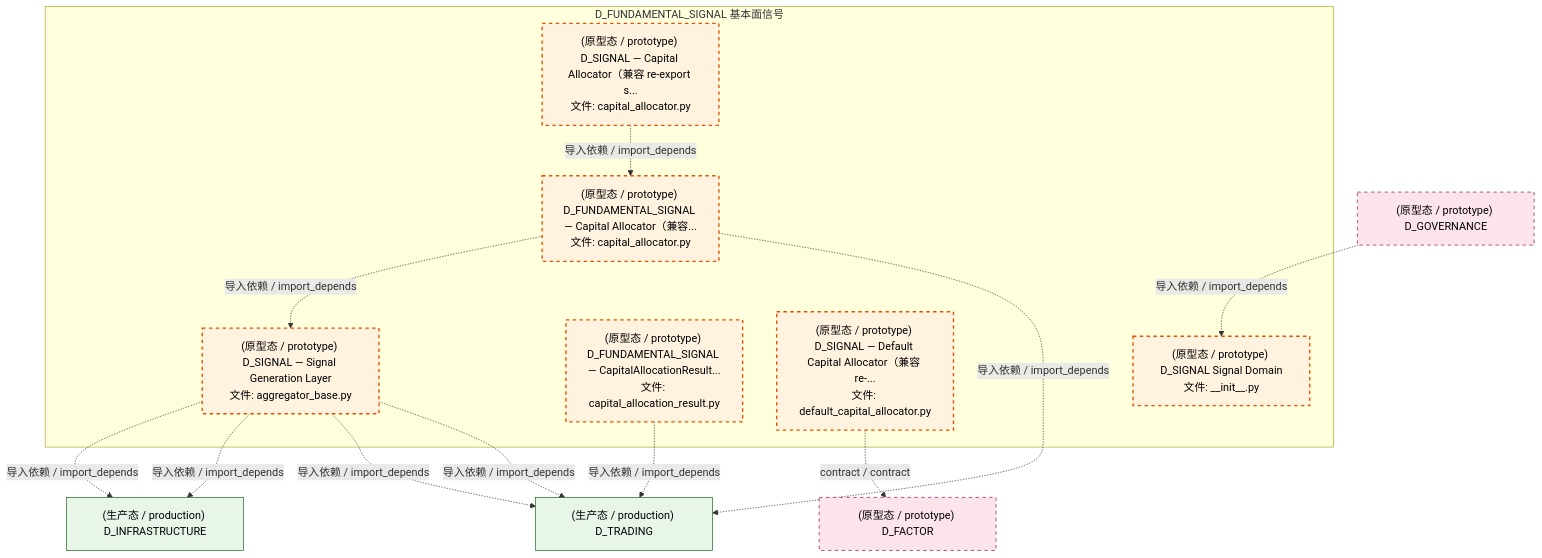
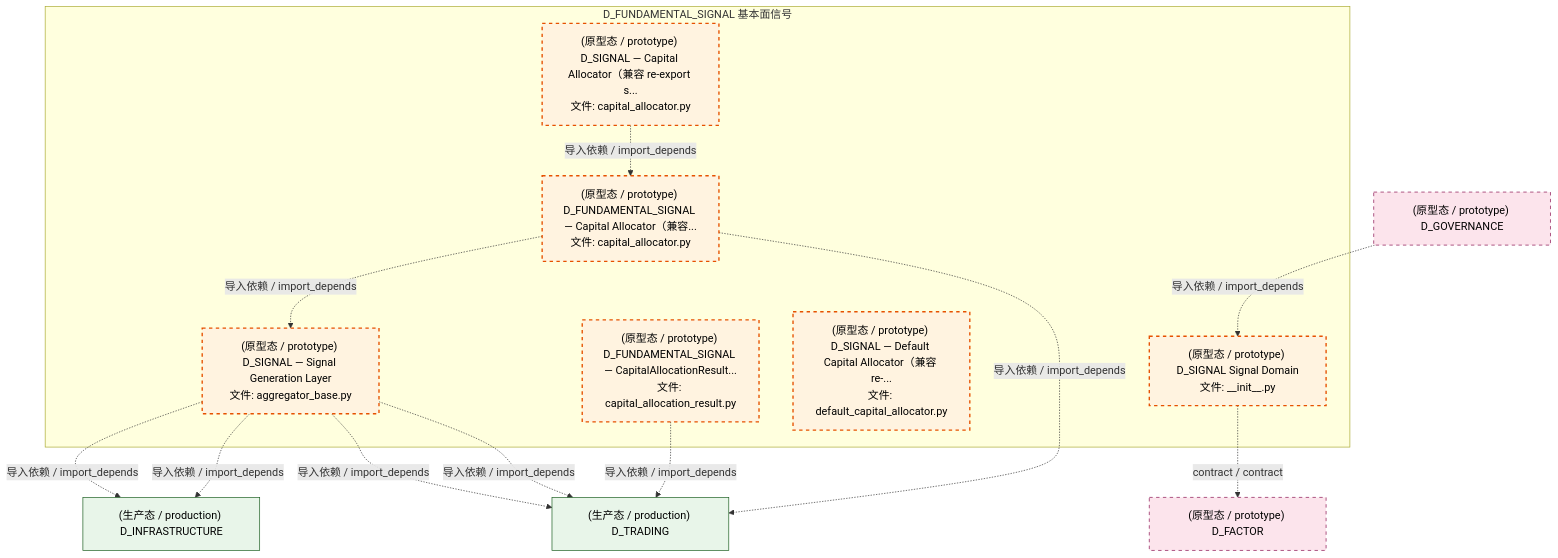
The third of 4 diagrams in docs/02_enterprise_architecture/02_domain_architecture_docs/37_d_fundamental_signal.md (xuanFelixVan/ZephyrAlpha), drawn with Mermaid before and after one commit. The commit also changed other lines of this file and 99 other files, not shown here.

````diff
--- a/docs/02_enterprise_architecture/02_domain_architecture_docs/37_d_fundamental_signal.md
+++ b/docs/02_enterprise_architecture/02_domain_architecture_docs/37_d_fundamental_signal.md
@@ -170,32 +170,32 @@
 ```mermaid
 graph TD
     subgraph D_FUNDAMENTAL_SIGNAL["D_FUNDAMENTAL_SIGNAL 基本面信号"]
         src_zephyr_signal_fundamental_init_py["(原型态 / prototype) D_SIGNAL Signal Domain<br/>文件: __init__.py"]
         src_zephyr_signal_fundamental_capital_capital_allocation_result_py["(原型态 / prototype) D_FUNDAMENTAL_SIGNAL — CapitalAllocationResult...<br/>文件: capital_allocation_result.py"]
         src_zephyr_signal_fundamental_capital_capital_allocator_py["(原型态 / prototype) D_SIGNAL — Capital Allocator（兼容 re-export s...<br/>文件: capital_allocator.py"]
         src_zephyr_signal_fundamental_capital_default_capital_allocator_py["(原型态 / prototype) D_SIGNAL — Default Capital Allocator（兼容 re-...<br/>文件: default_capital_allocator.py"]
         src_zephyr_signal_fundamental_gen_aggregator_base_py["(原型态 / prototype) D_SIGNAL — Signal Generation Layer<br/>文件: aggregator_base.py"]
         src_zephyr_signal_fundamental_strategy_capital_allocator_py["(原型态 / prototype) D_FUNDAMENTAL_SIGNAL — Capital Allocator（兼容...<br/>文件: capital_allocator.py"]
     end
     src_zephyr_signal_fundamental_capital_capital_allocator_py -.->|导入依赖 / import_depends| src_zephyr_signal_fundamental_strategy_capital_allocator_py
     src_zephyr_signal_fundamental_strategy_capital_allocator_py -.->|导入依赖 / import_depends| src_zephyr_signal_fundamental_gen_aggregator_base_py
     D_FACTOR["(原型态 / prototype) D_FACTOR"]
-    src_zephyr_signal_fundamental_capital_default_capital_allocator_py -.->|contract / contract| D_FACTOR
+    src_zephyr_signal_fundamental_init_py -.->|contract / contract| D_FACTOR
     D_TRADING["(生产态 / production) D_TRADING"]
     src_zephyr_signal_fundamental_capital_capital_allocation_result_py -.->|导入依赖 / import_depends| D_TRADING
     D_INFRASTRUCTURE["(生产态 / production) D_INFRASTRUCTURE"]
     src_zephyr_signal_fundamental_gen_aggregator_base_py -.->|导入依赖 / import_depends| D_INFRASTRUCTURE
     src_zephyr_signal_fundamental_gen_aggregator_base_py -.->|导入依赖 / import_depends| D_INFRASTRUCTURE
     src_zephyr_signal_fundamental_gen_aggregator_base_py -.->|导入依赖 / import_depends| D_TRADING
     src_zephyr_signal_fundamental_gen_aggregator_base_py -.->|导入依赖 / import_depends| D_TRADING
     src_zephyr_signal_fundamental_strategy_capital_allocator_py -.->|导入依赖 / import_depends| D_TRADING
     D_GOVERNANCE["(原型态 / prototype) D_GOVERNANCE"]
     D_GOVERNANCE -.->|导入依赖 / import_depends| src_zephyr_signal_fundamental_init_py
     classDef production fill:#e1f5fe,stroke:#01579b,stroke-width:2px,color:#000
     classDef design fill:#fff3e0,stroke:#e65100,stroke-width:2px,color:#000,stroke-dasharray: 5 5
     classDef external_prod fill:#e8f5e9,stroke:#1b5e20,stroke-width:1px,color:#000
     classDef external_design fill:#fce4ec,stroke:#880e4f,stroke-width:1px,color:#000,stroke-dasharray: 5 5
     class src_zephyr_signal_fundamental_init_py,src_zephyr_signal_fundamental_capital_capital_allocation_result_py,src_zephyr_signal_fundamental_capital_capital_allocator_py,src_zephyr_signal_fundamental_capital_default_capital_allocator_py,src_zephyr_signal_fundamental_gen_aggregator_base_py,src_zephyr_signal_fundamental_strategy_capital_allocator_py design
     class D_TRADING,D_INFRASTRUCTURE external_prod
     class D_FACTOR,D_GOVERNANCE external_design
 ```
````
